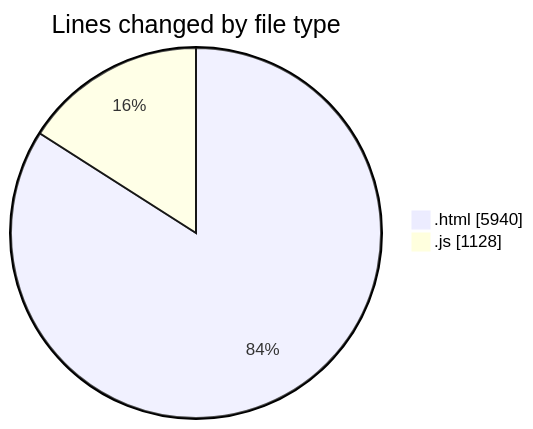
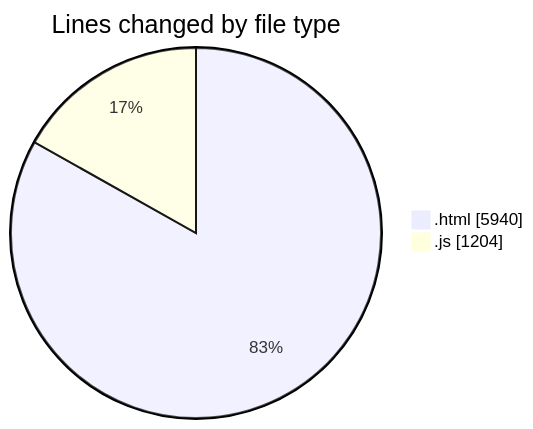
One commit to nxtqubesakshisongat/code-tracking changed the first of 2 diagrams in 2025-08-10/nxtqube_webapp/README.md. Above: the diagram before and after it, drawn with Mermaid. The commit also changed other lines of this file and 1 other file, not shown here.

````diff
--- a/2025-08-10/nxtqube_webapp/README.md
+++ b/2025-08-10/nxtqube_webapp/README.md
@@ -23,6 +23,6 @@
 ```mermaid
 pie showData
 title Lines changed by file type
 ".html" : 5940
-".js" : 1128
+".js" : 1204
 ```
````
